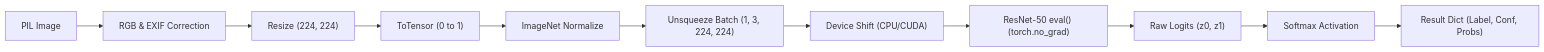
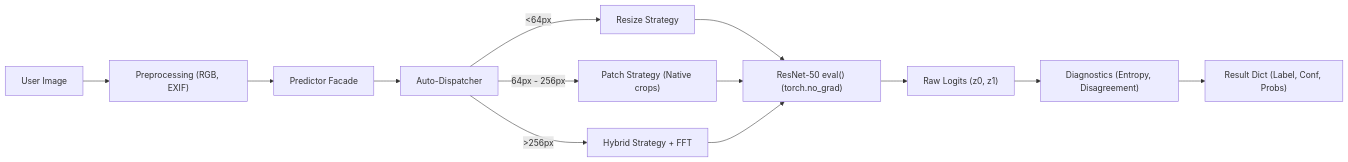
One commit to rominkevadiya/ALGONAUTS_INTERNAL_LJ_HACK changed the third of 3 diagrams in docs/02_system_architecture.md. Above: the diagram before and after it, drawn with Mermaid. The commit also changed other lines of this file and 4 other files, not shown here.

Commit message:
Update docs for modular architecture and strategy improvements

````diff
--- a/docs/02_system_architecture.md
+++ b/docs/02_system_architecture.md
@@ -65,13 +67,15 @@
 ```mermaid
 graph LR
-    PIL["PIL Image"] --> RGB["RGB & EXIF Correction"]
-    RGB --> Resize["Resize (224, 224)"]
-    Resize --> Tensor["ToTensor (0 to 1)"]
-    Tensor --> Normalize["ImageNet Normalize"]
-    Normalize --> BatchDim["Unsqueeze Batch (1, 3, 224, 224)"]
-    BatchDim --> Device["Device Shift (CPU/CUDA)"]
-    Device --> EvalPass["ResNet-50 eval() (torch.no_grad)"]
+    User["User Image"] --> Preproc["Preprocessing (RGB, EXIF)"]
+    Preproc --> Predictor["Predictor Facade"]
+    Predictor --> Dispatch["Auto-Dispatcher"]
+    Dispatch -- "<64px" --> Resize["Resize Strategy"]
+    Dispatch -- "64px - 256px" --> Patch["Patch Strategy (Native crops)"]
+    Dispatch -- ">256px" --> Hybrid["Hybrid Strategy + FFT"]
+    Resize --> EvalPass["ResNet-50 eval() (torch.no_grad)"]
+    Patch --> EvalPass
+    Hybrid --> EvalPass
     EvalPass --> Logits["Raw Logits (z0, z1)"]
-    Logits --> Softmax["Softmax Activation"]
-    Softmax --> DictOut["Result Dict (Label, Conf, Probs)"]
+    Logits --> Diagnostics["Diagnostics (Entropy, Disagreement)"]
+    Diagnostics --> DictOut["Result Dict (Label, Conf, Probs)"]
 ```
````
